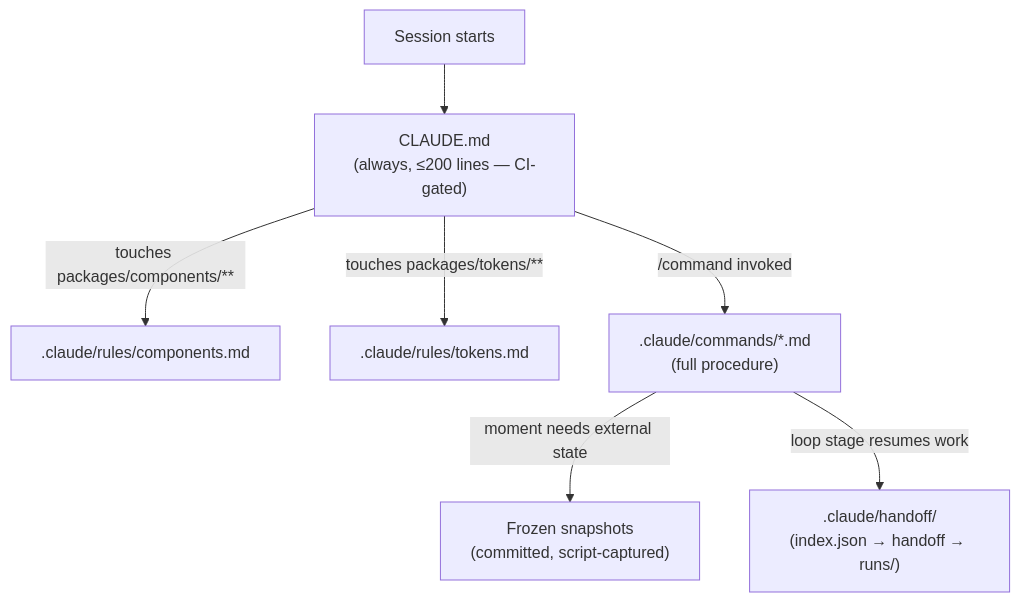
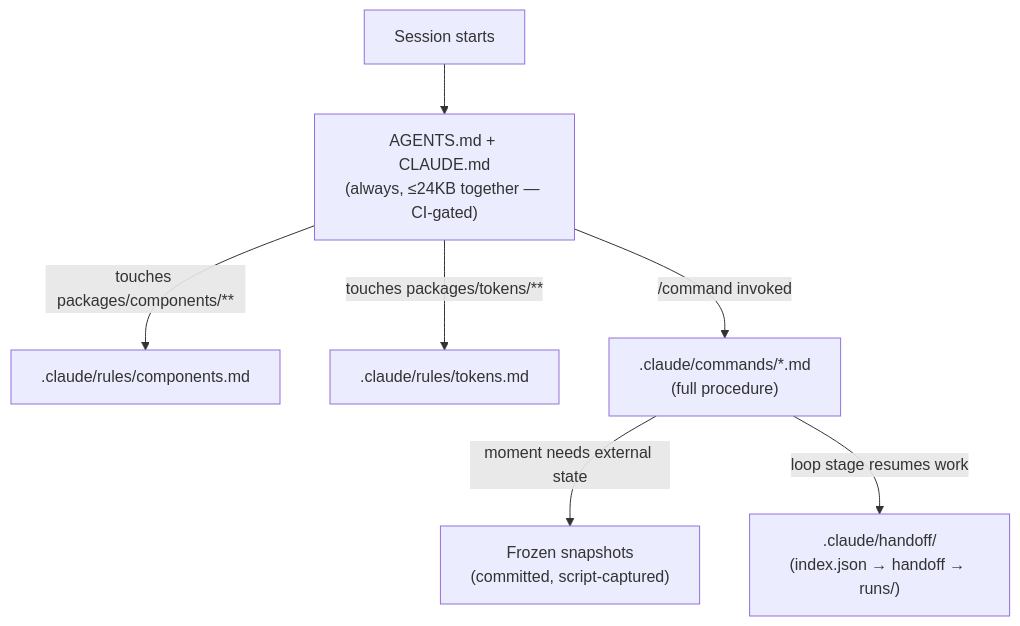
The diagram in docs/09-context-engineering.md (F4cu/upskill-design-system), drawn with Mermaid before and after one commit. The commit also changed other lines of this file and 19 other files, not shown here.

````diff
--- a/docs/09-context-engineering.md
+++ b/docs/09-context-engineering.md
@@ -100,9 +107,9 @@
 ```mermaid
 flowchart TD
-    A[Session starts] --> B["CLAUDE.md<br/>(always, ≤200 lines — CI-gated)"]
+    A[Session starts] --> B["AGENTS.md + CLAUDE.md<br/>(always, ≤24KB together — CI-gated)"]
     B -->|touches packages/components/**| C[.claude/rules/components.md]
     B -->|touches packages/tokens/**| D[.claude/rules/tokens.md]
     B -->|"/command invoked"| E[".claude/commands/*.md<br/>(full procedure)"]
     E -->|moment needs external state| F["Frozen snapshots<br/>(committed, script-captured)"]
     E -->|loop stage resumes work| G[".claude/handoff/<br/>(index.json → handoff → runs/)"]
 ```
````
